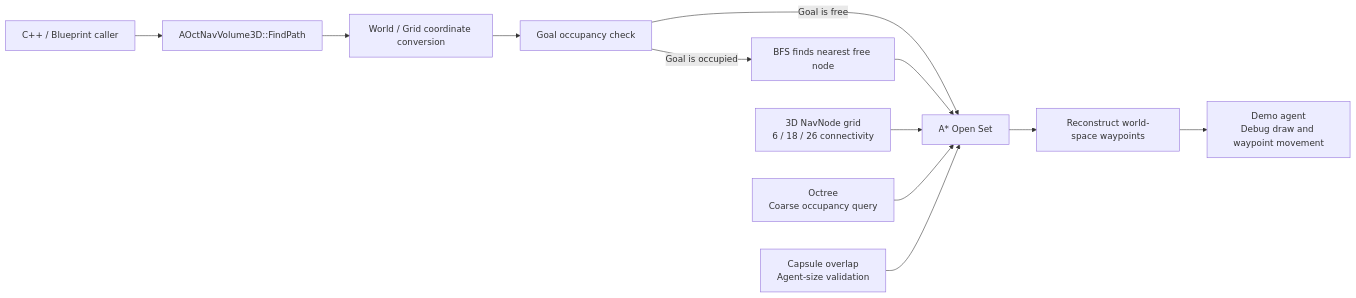
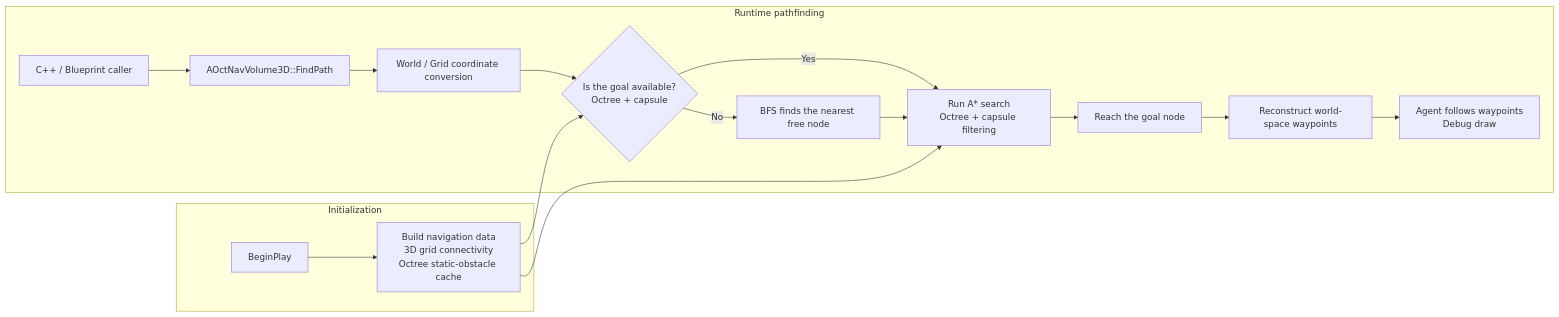
One commit to AAAiee/UE5-ObjectPool-And-Nav3D-Plugin changed the diagram in README.md. Above: the diagram before and after it, drawn with Mermaid. The commit also changed 3 other files, not shown here.

````diff
--- a/README.md
+++ b/README.md
@@ -31,14 +31,21 @@
 ```mermaid
 flowchart LR
-    Caller["C++ / Blueprint caller"] --> API["AOctNavVolume3D::FindPath"]
-    API --> Convert["World / Grid coordinate conversion"]
-    Convert --> Goal["Goal occupancy check"]
-    Goal -->|Goal is free| Search["A* Open Set"]
-    Goal -->|Goal is occupied| BFS["BFS finds nearest free node"]
-    BFS --> Search
-    Grid["3D NavNode grid<br/>6 / 18 / 26 connectivity"] --> Search
-    Octree["Octree<br/>Coarse occupancy query"] --> Search
-    Capsule["Capsule overlap<br/>Agent-size validation"] --> Search
-    Search --> Path["Reconstruct world-space waypoints"]
-    Path --> Agent["Demo agent<br/>Debug draw and waypoint movement"]
+    subgraph Init["Initialization"]
+        BeginPlay["BeginPlay"] --> NavData["Build navigation data<br/>3D grid connectivity<br/>Octree static-obstacle cache"]
+    end
+
+    subgraph Runtime["Runtime pathfinding"]
+        Caller["C++ / Blueprint caller"] --> API["AOctNavVolume3D::FindPath"]
+        API --> Convert["World / Grid coordinate conversion"]
+        Convert --> Goal{"Is the goal available?<br/>Octree + capsule"}
+        Goal -->|No| BFS["BFS finds the nearest free node"]
+        Goal -->|Yes| Search["Run A* search<br/>Octree + capsule filtering"]
+        BFS --> Search
+        Search --> Found["Reach the goal node"]
+        Found --> Path["Reconstruct world-space waypoints"]
+        Path --> Agent["Agent follows waypoints<br/>Debug draw"]
+    end
+
+    NavData --> Goal
+    NavData --> Search
 ```
````
